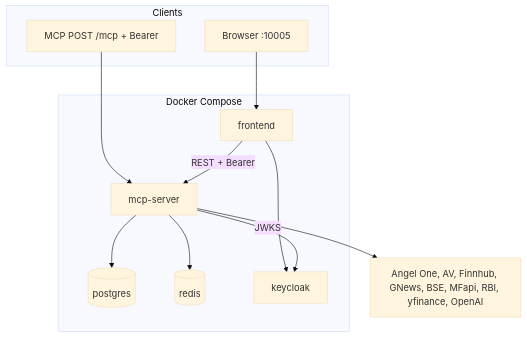
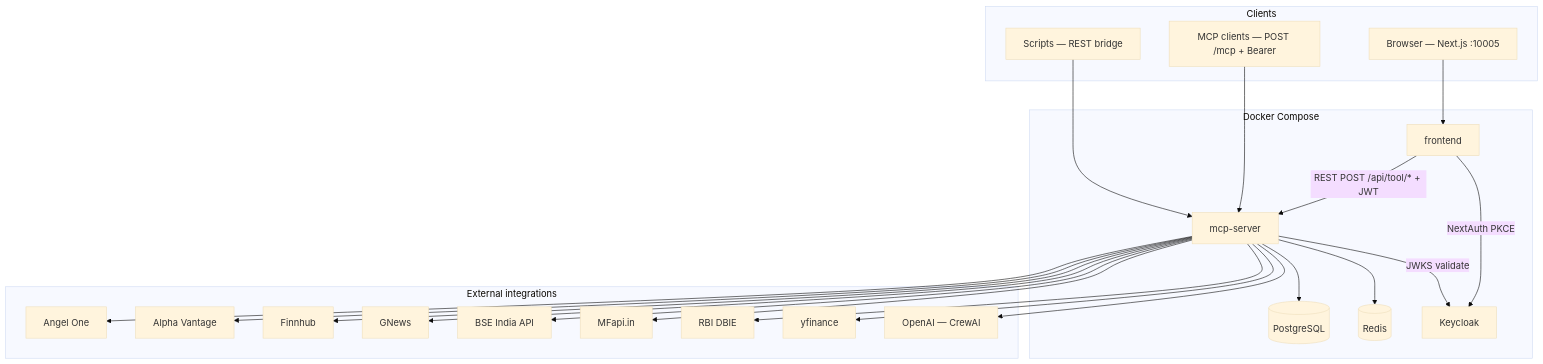
Before and after one commit to yashagarwalkdu25/Insufficient_Tokens: the first of 4 diagrams in W3_MCP/docs/ARCHITECTURE.md, drawn with Mermaid (base theme). The commit also changed other lines of this file and 32 other files, not shown here.

First line of the commit message:
feat(W3_MCP): enhance README and ARCHITECTURE documentation; add alerts and brief pages

````diff
--- a/W3_MCP/docs/ARCHITECTURE.md
+++ b/W3_MCP/docs/ARCHITECTURE.md
@@ -28,21 +44,39 @@
 ```mermaid
 flowchart TB
-  subgraph c["Clients"]
-    WEB[Browser :10005]
-    CLI[MCP POST /mcp + Bearer]
+  subgraph clients["Clients"]
+    WEB["Browser — Next.js :10005"]
+    MCP_CLI["MCP clients — POST /mcp + Bearer"]
+    CURL["Scripts — REST bridge"]
   end
-  subgraph d["Docker Compose"]
-    FE[frontend]
-    MS[mcp-server]
-    PG[(postgres)]
-    RD[(redis)]
-    KC[keycloak]
+
+  subgraph compose["Docker Compose"]
+    FE["frontend"]
+    MS["mcp-server"]
+    PG[("PostgreSQL")]
+    RD[("Redis")]
+    KC["Keycloak"]
   end
+
+  subgraph external["External integrations"]
+    AO["Angel One"]
+    AV["Alpha Vantage"]
+    FH["Finnhub"]
+    GN["GNews"]
+    BSE["BSE India API"]
+    MF["MFapi.in"]
+    RBI["RBI DBIE"]
+    YF["yfinance"]
+    OAI["OpenAI — CrewAI"]
+  end
+
   WEB --> FE
-  CLI --> MS
-  FE --> KC
-  FE -->|REST + Bearer| MS
-  MS --> PG & RD
-  MS -->|JWKS| KC
-  MS --> EXT[Angel One, AV, Finnhub, GNews, BSE, MFapi, RBI, yfinance, OpenAI]
+  FE -->|NextAuth PKCE| KC
+  FE -->|REST POST /api/tool/* + JWT| MS
+  MCP_CLI --> MS
+  CURL --> MS
+  MS --> PG
+  MS --> RD
+  MS -->|JWKS validate| KC
+  MS --> AO & AV & FH & GN & BSE & MF & RBI & YF
+  MS --> OAI
 ```
````
